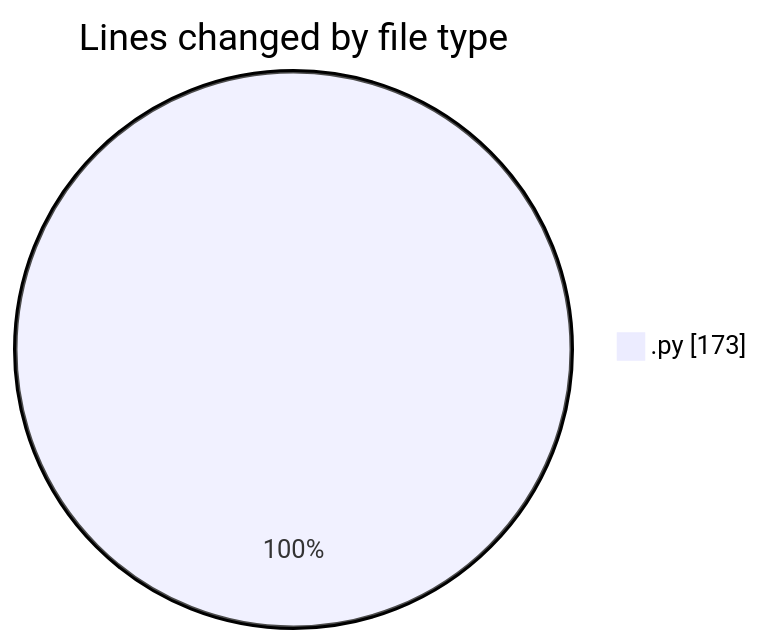
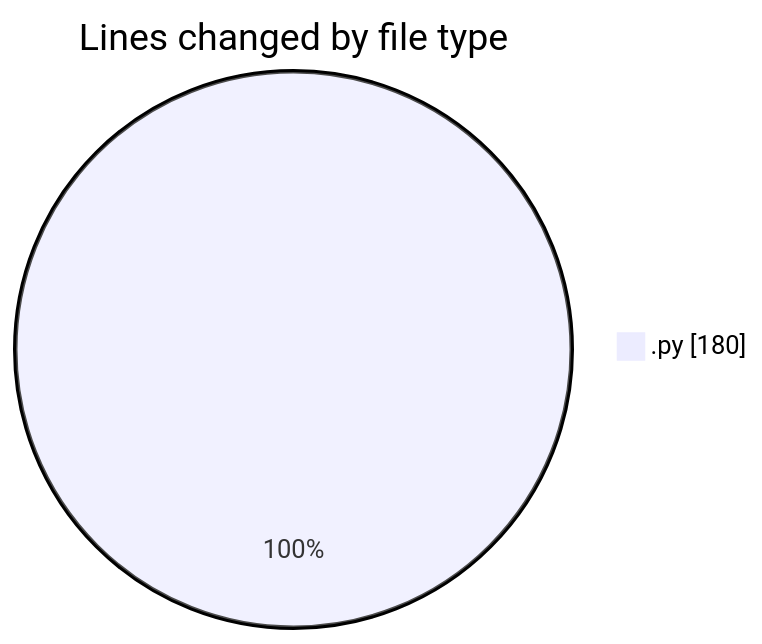
The first of 2 diagrams in 2026-02-22/student_performance_system/README.md (hasnaa123/code-tracking), drawn with Mermaid before and after one commit. The commit also changed other lines of this file and 1 other file, not shown here.

````diff
--- a/2026-02-22/student_performance_system/README.md
+++ b/2026-02-22/student_performance_system/README.md
@@ -20,5 +20,5 @@
 ```mermaid
 pie showData
 title Lines changed by file type
-".py" : 173
+".py" : 180
 ```
````
